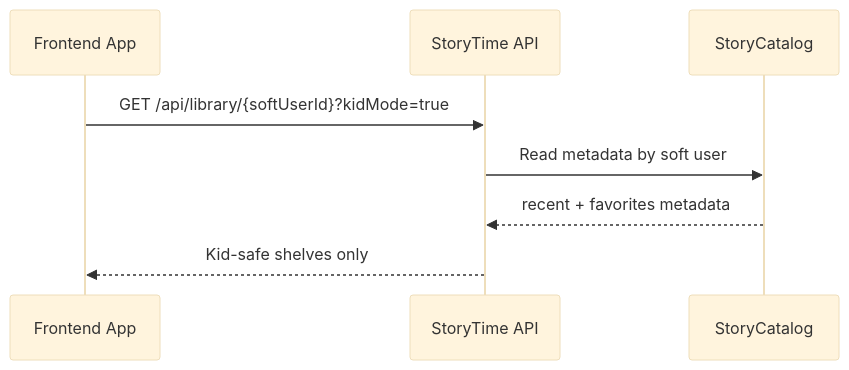
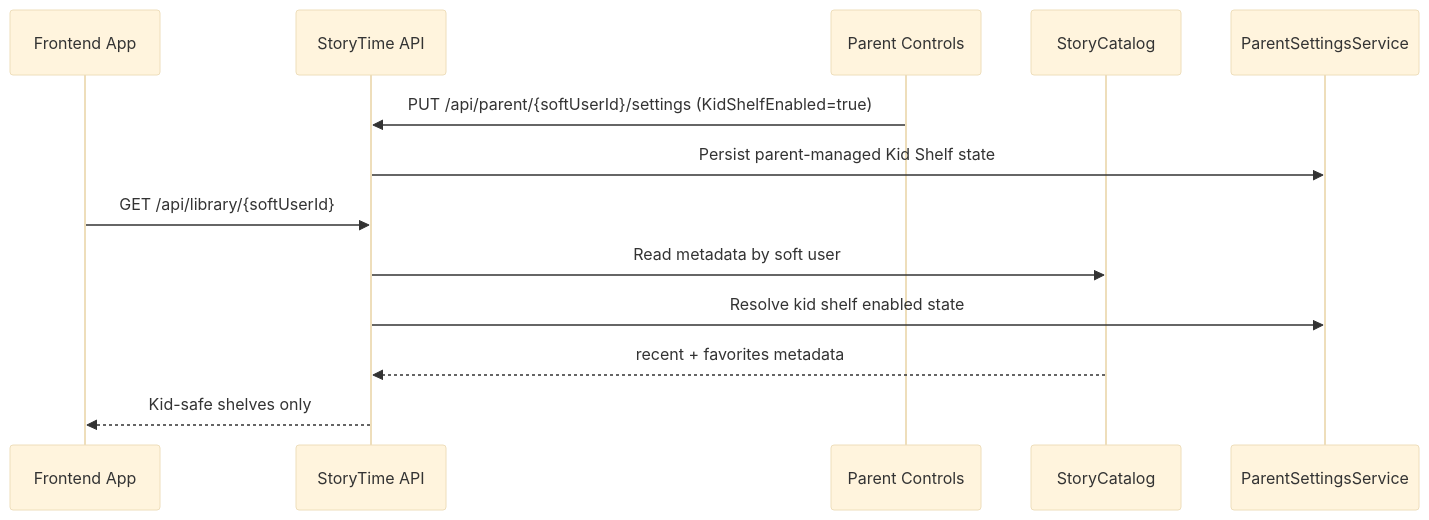
One commit to frostaura/fa.story-time changed the fourth of 5 diagrams in docs/sequence.md. Above: the diagram before and after it, drawn with Mermaid (base theme). The commit also changed other lines of this file and 93 other files, not shown here.

````diff
--- a/docs/sequence.md
+++ b/docs/sequence.md
@@ -58,11 +61,16 @@
 ```mermaid
 sequenceDiagram
   participant UI as Frontend App
   participant API as StoryTime API
+  participant Parent as Parent Controls
   participant Catalog as StoryCatalog
+  participant Settings as ParentSettingsService
 
-  UI->>API: GET /api/library/{softUserId}?kidMode=true
+  Parent->>API: PUT /api/parent/{softUserId}/settings (KidShelfEnabled=true)
+  API->>Settings: Persist parent-managed Kid Shelf state
+  UI->>API: GET /api/library/{softUserId}
   API->>Catalog: Read metadata by soft user
+  API->>Settings: Resolve kid shelf enabled state
   Catalog-->>API: recent + favorites metadata
   API-->>UI: Kid-safe shelves only
 ```
````
